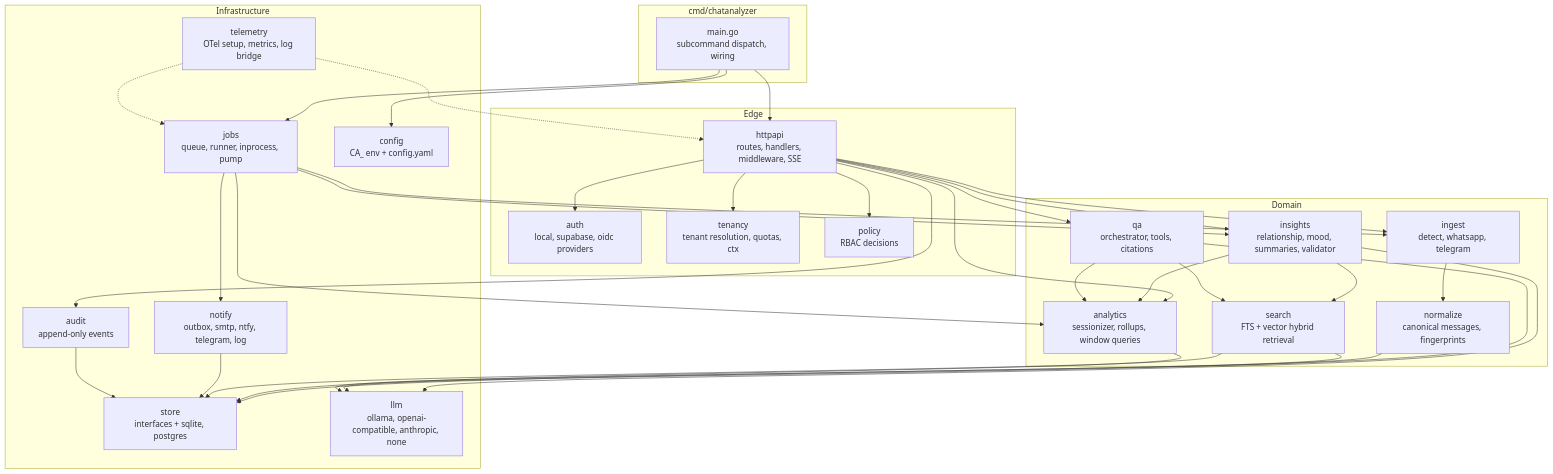
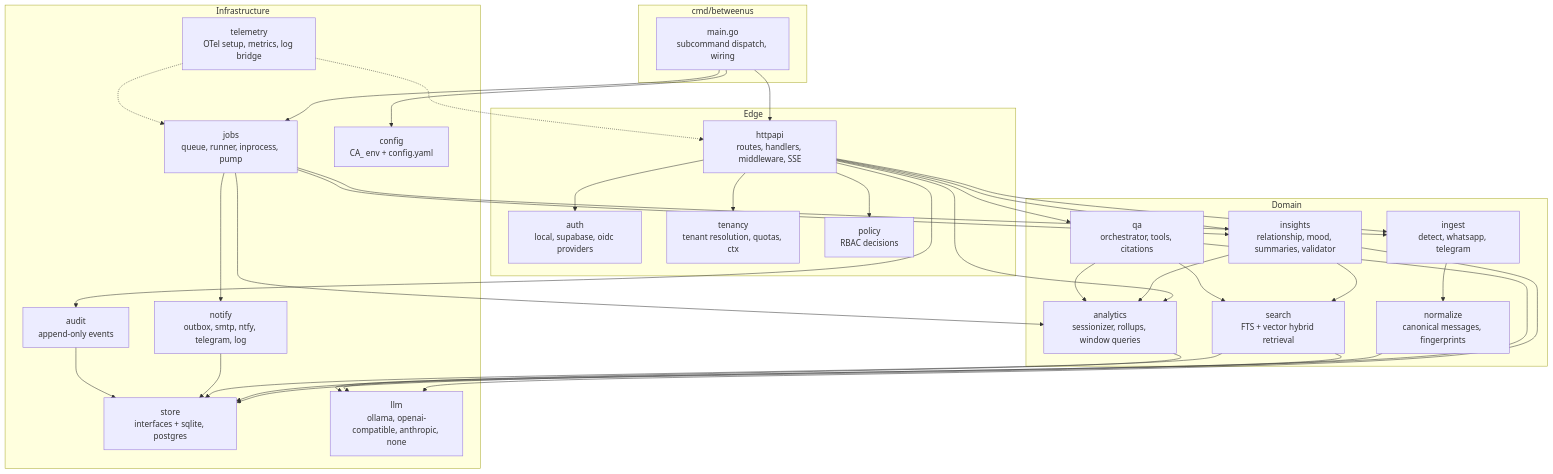
One commit to KshitijV97/between-us changed the third of 14 diagrams in docs/02-architecture.md. Above: the diagram before and after it, drawn with Mermaid. The commit also changed other lines of this file and 70 other files, not shown here.

````diff
--- a/docs/02-architecture.md
+++ b/docs/02-architecture.md
@@ -117,60 +117,60 @@
 ```mermaid
 flowchart TB
-    subgraph cmd["cmd/chatanalyzer"]
+    subgraph cmd["cmd/betweenus"]
         main["main.go<br/>subcommand dispatch, wiring"]
     end
     subgraph edge["Edge"]
         httpapi["httpapi<br/>routes, handlers, middleware, SSE"]
         auth["auth<br/>local, supabase, oidc providers"]
         tenancy["tenancy<br/>tenant resolution, quotas, ctx"]
         policy["policy<br/>RBAC decisions"]
     end
     subgraph domain["Domain"]
         ingest["ingest<br/>detect, whatsapp, telegram"]
         normalize["normalize<br/>canonical messages, fingerprints"]
         analytics["analytics<br/>sessionizer, rollups, window queries"]
         insights["insights<br/>relationship, mood, summaries, validator"]
         qa["qa<br/>orchestrator, tools, citations"]
         search["search<br/>FTS + vector hybrid retrieval"]
     end
     subgraph infra["Infrastructure"]
         store["store<br/>interfaces + sqlite, postgres"]
         llm["llm<br/>ollama, openai-compatible, anthropic, none"]
         jobs["jobs<br/>queue, runner, inprocess, pump"]
         notify["notify<br/>outbox, smtp, ntfy, telegram, log"]
         telemetry["telemetry<br/>OTel setup, metrics, log bridge"]
         audit["audit<br/>append-only events"]
         config["config<br/>CA_ env + config.yaml"]
     end
 
     main --> httpapi
     main --> jobs
     main --> config
     httpapi --> auth
     httpapi --> tenancy
     httpapi --> policy
     httpapi --> ingest
     httpapi --> analytics
     httpapi --> insights
     httpapi --> qa
     ingest --> normalize
     normalize --> store
     jobs --> ingest
     jobs --> analytics
     jobs --> insights
     jobs --> notify
     analytics --> store
     insights --> llm
     insights --> analytics
     insights --> search
     qa --> llm
     qa --> search
     qa --> analytics
     search --> store
     search --> llm
     notify --> store
     audit --> store
     httpapi --> audit
     telemetry -.-> httpapi
     telemetry -.-> jobs
 ```
````
